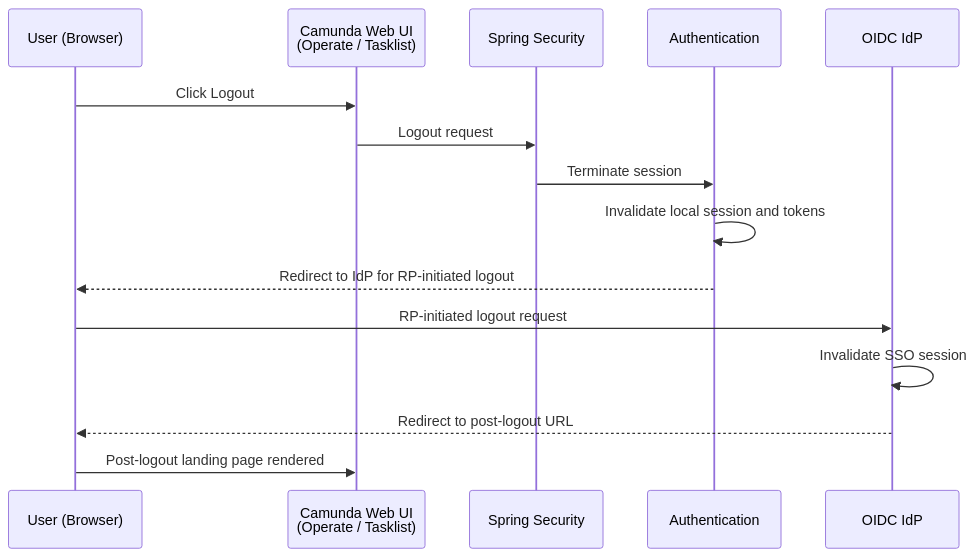
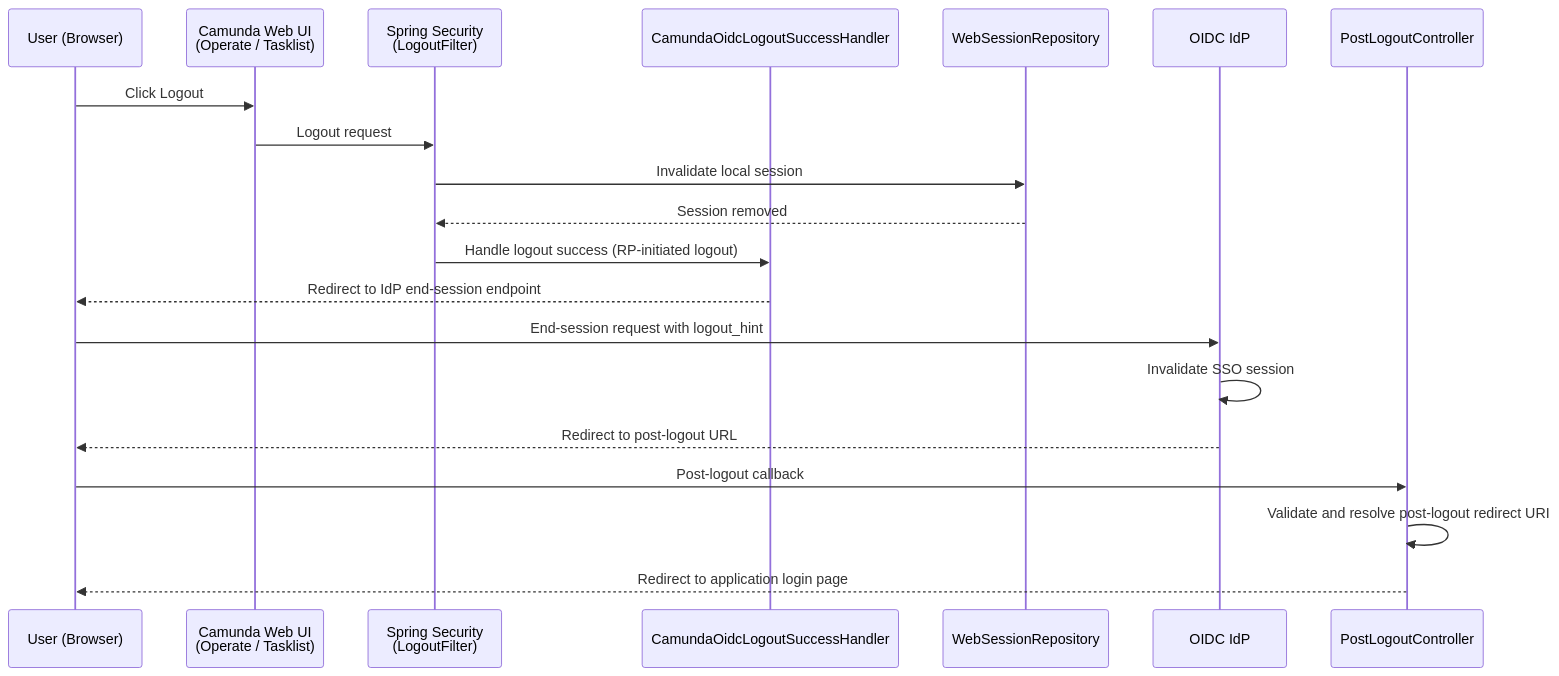
The ninth of 13 diagrams in docs/identity/architecture-documentation.md (camunda/camunda), drawn with Mermaid before and after one commit. The commit also changed other lines of this file, not shown here.

Commit message:
docs: fix login/logout sequence diagrams and add class references to architecture diagrams

````diff
--- a/docs/identity/architecture-documentation.md
+++ b/docs/identity/architecture-documentation.md
@@ -460,18 +496,23 @@
 ```mermaid
 sequenceDiagram
   participant USER as User (Browser)
   participant UI as Camunda Web UI<br/>(Operate / Tasklist)
-  participant SS as Spring Security
-  participant AUTH as Authentication
+  participant SS as Spring Security<br/>(LogoutFilter)
+  participant LOGOUT_HANDLER as CamundaOidcLogoutSuccessHandler
+  participant SESSION as WebSessionRepository
   participant IDP as OIDC IdP
+  participant POST_LOGOUT as PostLogoutController
 
   USER->>UI: Click Logout
   UI->>SS: Logout request
-  SS->>AUTH: Terminate session
-  AUTH->>AUTH: Invalidate local session and tokens
-  AUTH-->>USER: Redirect to IdP for RP-initiated logout
-  USER->>IDP: RP-initiated logout request
+  SS->>SESSION: Invalidate local session
+  SESSION-->>SS: Session removed
+  SS->>LOGOUT_HANDLER: Handle logout success (RP-initiated logout)
+  LOGOUT_HANDLER-->>USER: Redirect to IdP end-session endpoint
+  USER->>IDP: End-session request with logout_hint
   IDP->>IDP: Invalidate SSO session
   IDP-->>USER: Redirect to post-logout URL
-  USER->>UI: Post-logout landing page rendered
+  USER->>POST_LOGOUT: Post-logout callback
+  POST_LOGOUT->>POST_LOGOUT: Validate and resolve post-logout redirect URI
+  POST_LOGOUT-->>USER: Redirect to application login page
 ```
````
